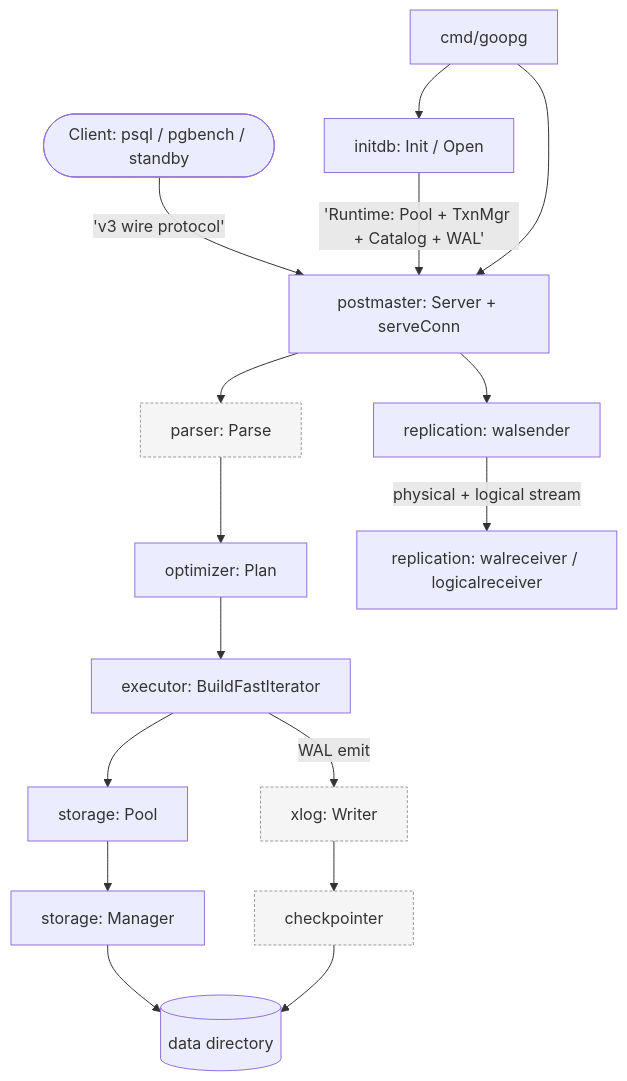
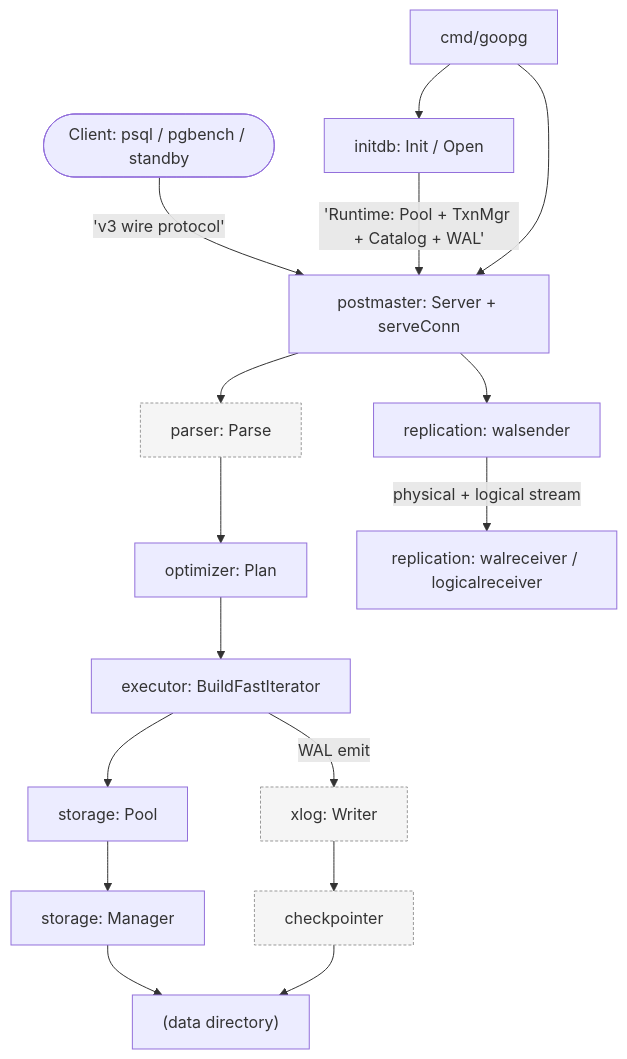
Before and after one commit to ryogrid/goopg: the diagram in docs/wiki/architecture.md, drawn with Mermaid. The commit also changed 26 other files, not shown here.

Commit message:
docs(wiki): fix all 26 mermaid parse errors — 139/139 blocks pass real-browser validation — M-NIGHTLY

````diff
--- a/docs/wiki/architecture.md
+++ b/docs/wiki/architecture.md
@@ -41,24 +41,24 @@
 ```mermaid
 flowchart TD
 Client([Client: psql / pgbench / standby]) -->|'v3 wire protocol'| SRV[postmaster: Server + serveConn]
     SRV --> PARSE[parser: Parse]
     PARSE --> PLAN[optimizer: Plan]
     PLAN --> EXEC[executor: BuildFastIterator]
     EXEC --> POOL[storage: Pool]
     POOL --> SMGR[storage: Manager]
-    SMGR --> DISK[(data directory)]
+    SMGR --> DISK["(data directory)"]
 
     EXEC -->|WAL emit| WAL[xlog: Writer]
     WAL --> CKPT[checkpointer]
     CKPT --> DISK
 
     SRV --> WALSND[replication: walsender]
     WALSND -->|"physical + logical stream"| WALRCV[replication: walreceiver / logicalreceiver]
 
 IDB[initdb: Init / Open] -->|'Runtime: Pool + TxnMgr + Catalog + WAL'| SRV
     CMD[cmd/goopg] --> IDB
     CMD --> SRV
 
     classDef out fill:#f5f5f5,stroke:#999,stroke-dasharray:3 2;
     class PARSE,WAL,CKPT out;
 ```
````
